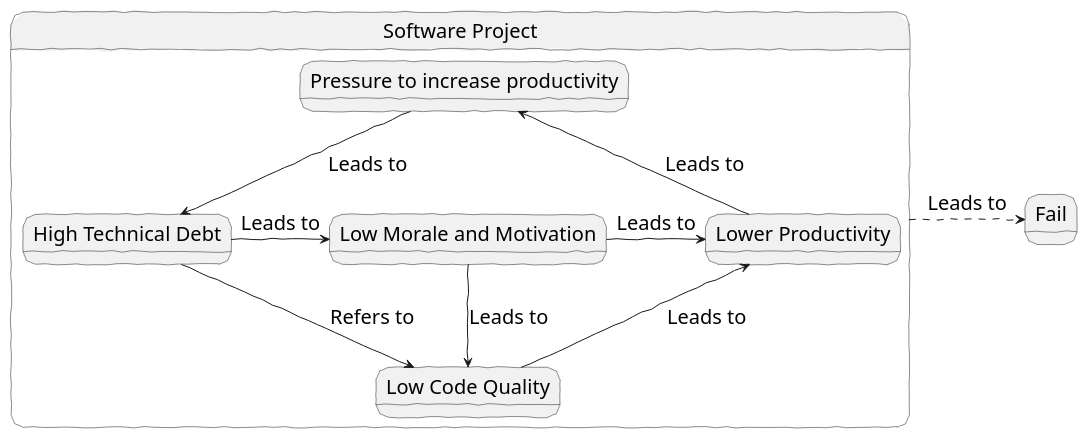
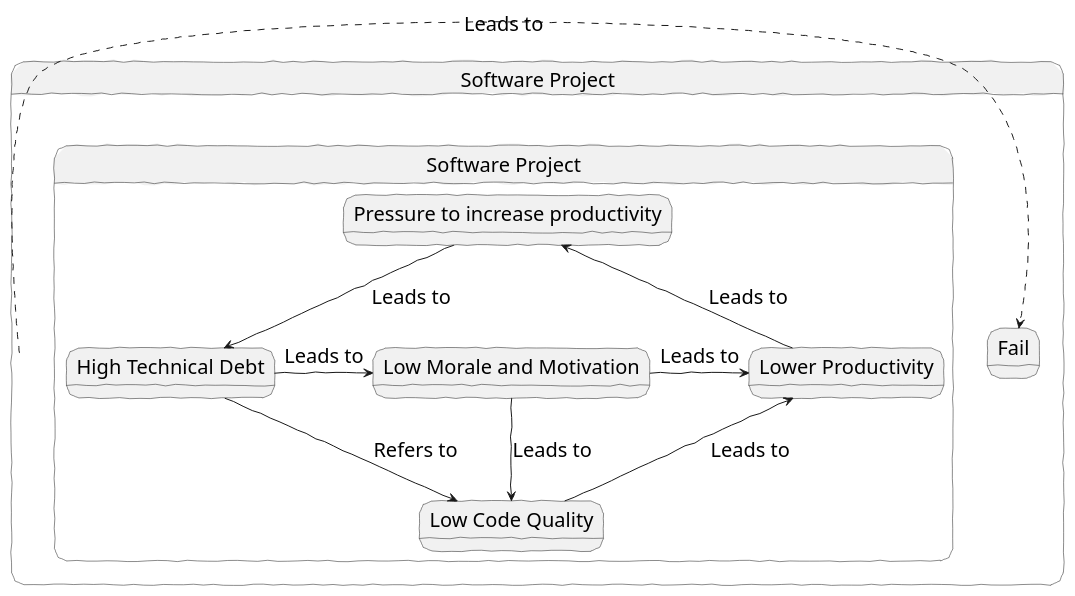
The first of 5 diagrams in book/src/docs/asciidoc/01-ddd-rationale.adoc (PacktPublishing/Domain-Driven-Design-with-Java-A-Practitioner-s-Guide), drawn with PlantUML before and after one commit. The commit also changed other lines of this file and 1 other file, not shown here.

```diff
--- a/book/src/docs/asciidoc/01-ddd-rationale.adoc
+++ b/book/src/docs/asciidoc/01-ddd-rationale.adoc
@@ -92,33 +92,34 @@
 [plantuml,tech-debt]
 ....
 @startuml
 skinparam handwritten true
 skinparam monochrome true
 <style>
 stateDiagram {
   FontName "Gloria Hallelujah"
   FontSize 20
 }
 </style>
 skinparam State {
   FontSize 20
   FontName "Gloria Hallelujah"
 }
 
 state "Software Project" as Project {
+state "Software Project" as Project {
   state S1 as "Low Morale and Motivation"
   state S2 as "Low Code Quality"
   state S3 as "High Technical Debt"
   state S4 as "Pressure to increase productivity"
   state S5 as "Lower Productivity"
   S1 --> S2 : Leads to
   S3 -right--> S1 : Leads to
   S1 -right--> S5 : Leads to
   S4 -down--> S3 : Leads to
   S3 -down--> S2 : Refers to
   S5 -up-> S4 : Leads to
   S2 -up-> S5 : Leads to
 }
 Project --right[dashed]--> Fail : Leads to
 @enduml
 ....
```
